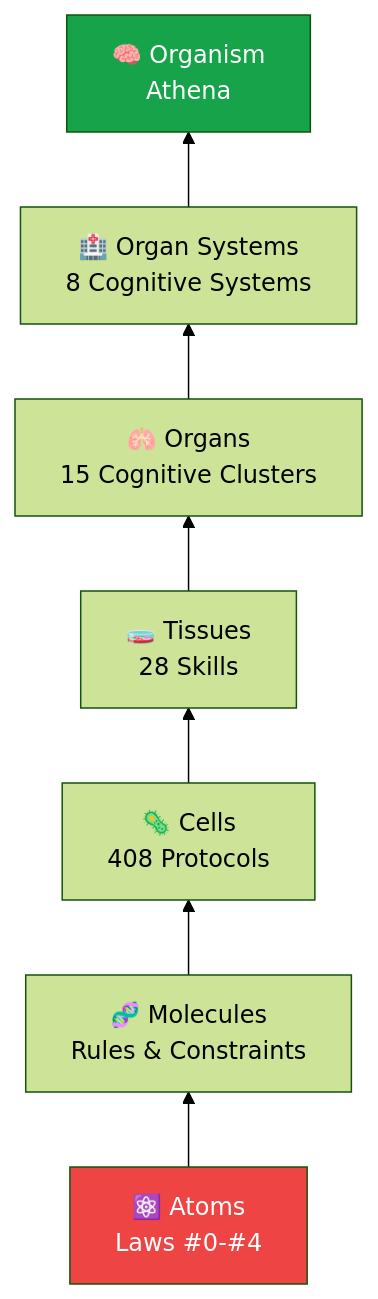
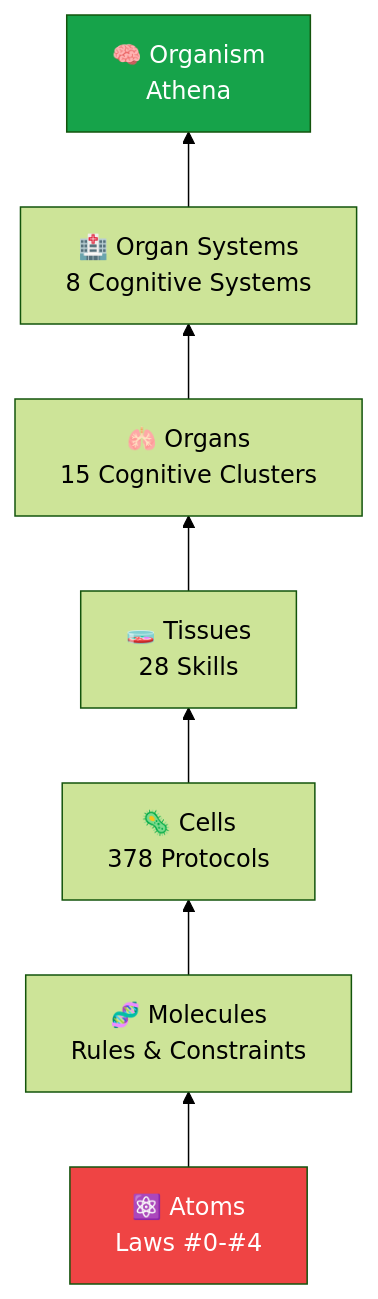
Before and after one commit to agent-memory-atlas-archive/winstonkoh87--Athena-Public: the second of 9 diagrams in docs/ARCHITECTURE.md, drawn with Mermaid (forest theme). The commit also changed other lines of this file and 4 other files, not shown here.

````diff
--- a/docs/ARCHITECTURE.md
+++ b/docs/ARCHITECTURE.md
@@ -181,12 +181,12 @@
 ```mermaid
 graph BT
     L1["⚛️ Atoms<br/>Laws #0-#4"] --> L2["🧬 Molecules<br/>Rules & Constraints"]
-    L2 --> L3["🦠 Cells<br/>408 Protocols"]
+    L2 --> L3["🦠 Cells<br/>378 Protocols"]
     L3 --> L4["🧫 Tissues<br/>28 Skills"]
     L4 --> L5["🫁 Organs<br/>15 Cognitive Clusters"]
     L5 --> L6["🏥 Organ Systems<br/>8 Cognitive Systems"]
     L6 --> L7["🧠 Organism<br/>Athena"]
 
     style L1 fill:#ef4444,color:#fff
     style L7 fill:#16a34a,color:#fff
 ```
````
